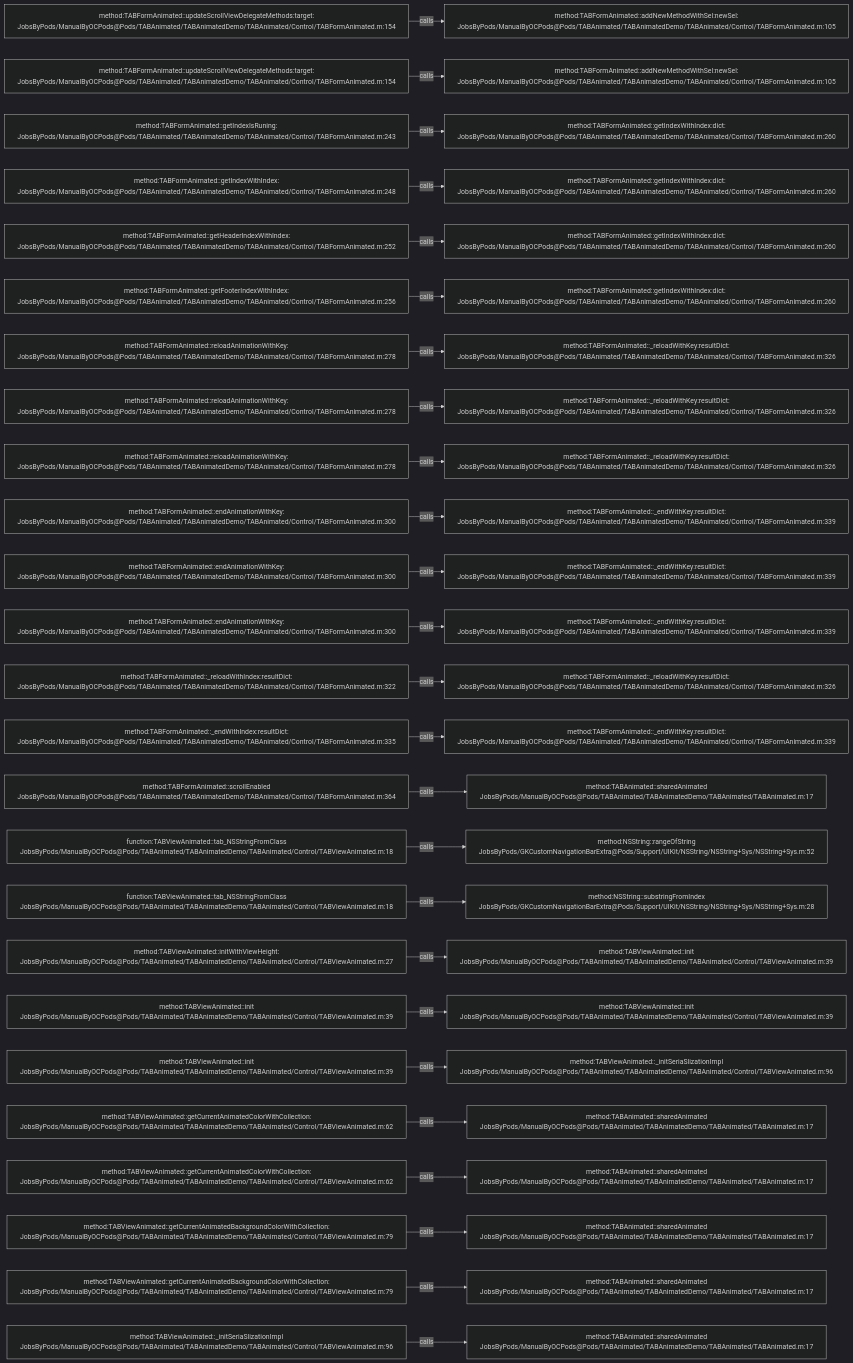
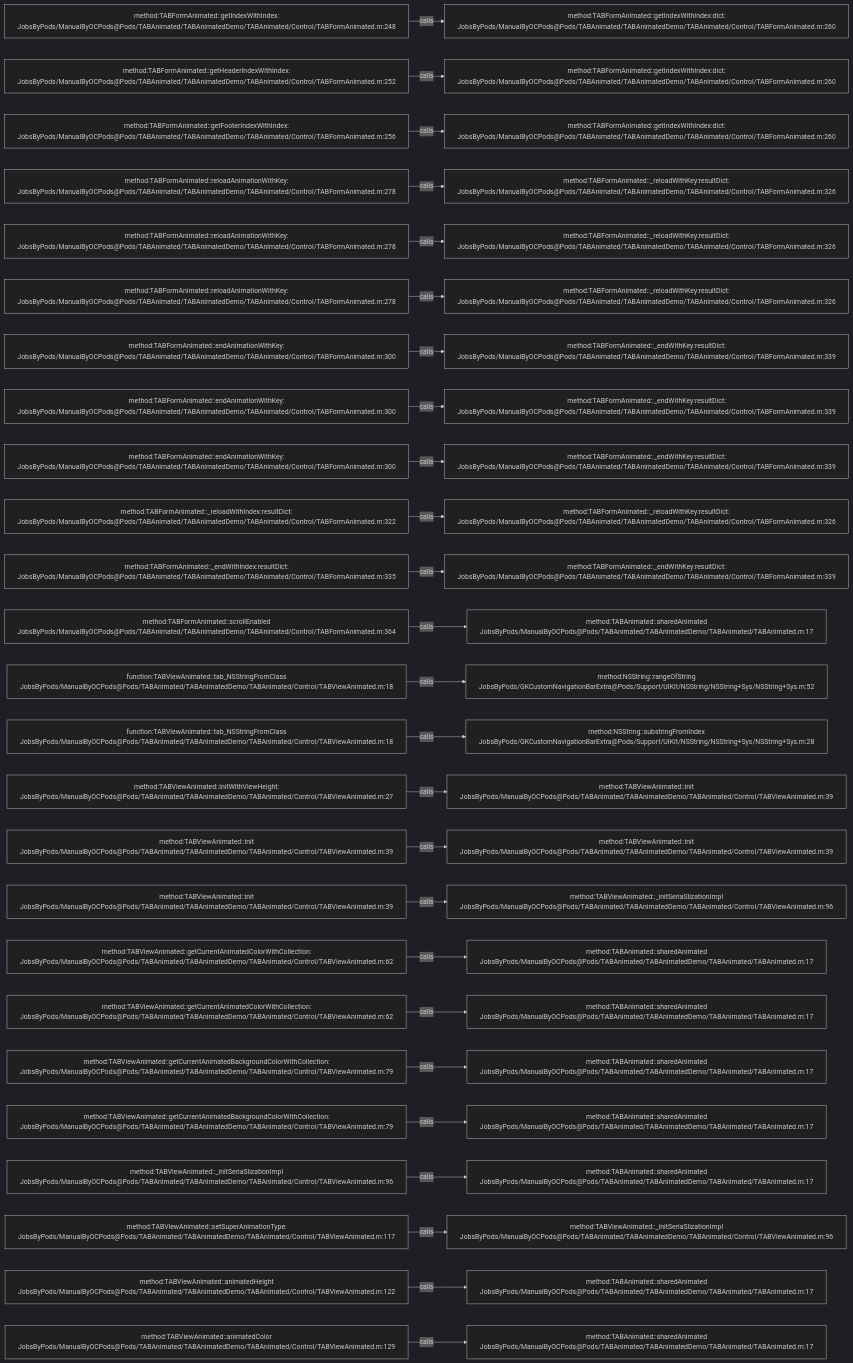
Before and after one commit to JobsKits/JobsOCBaseConfigDemo: the diagram in .codegraph/codegraph.md/graphs/calls-027.md, drawn with Mermaid (dark theme). The commit also changed 342 other files, not shown here.

````diff
--- a/.codegraph/codegraph.md/graphs/calls-027.md
+++ b/.codegraph/codegraph.md/graphs/calls-027.md
@@ -13,78 +13,78 @@
 ```mermaid
 flowchart LR
-  S1["method:TABFormAnimated::updateScrollViewDelegateMethods:target:<br/>JobsByPods/ManualByOCPods@Pods/TABAnimated/TABAnimatedDemo/TABAnimated/Control/TABFormAnimated.m:154"]
-  T1["method:TABFormAnimated::addNewMethodWithSel:newSel:<br/>JobsByPods/ManualByOCPods@Pods/TABAnimated/TABAnimatedDemo/TABAnimated/Control/TABFormAnimated.m:105"]
+  S1["method:TABFormAnimated::getIndexWithIndex:<br/>JobsByPods/ManualByOCPods@Pods/TABAnimated/TABAnimatedDemo/TABAnimated/Control/TABFormAnimated.m:248"]
+  T1["method:TABFormAnimated::getIndexWithIndex:dict:<br/>JobsByPods/ManualByOCPods@Pods/TABAnimated/TABAnimatedDemo/TABAnimated/Control/TABFormAnimated.m:260"]
   S1 -->|calls| T1
-  S2["method:TABFormAnimated::updateScrollViewDelegateMethods:target:<br/>JobsByPods/ManualByOCPods@Pods/TABAnimated/TABAnimatedDemo/TABAnimated/Control/TABFormAnimated.m:154"]
-  T2["method:TABFormAnimated::addNewMethodWithSel:newSel:<br/>JobsByPods/ManualByOCPods@Pods/TABAnimated/TABAnimatedDemo/TABAnimated/Control/TABFormAnimated.m:105"]
+  S2["method:TABFormAnimated::getHeaderIndexWithIndex:<br/>JobsByPods/ManualByOCPods@Pods/TABAnimated/TABAnimatedDemo/TABAnimated/Control/TABFormAnimated.m:252"]
+  T2["method:TABFormAnimated::getIndexWithIndex:dict:<br/>JobsByPods/ManualByOCPods@Pods/TABAnimated/TABAnimatedDemo/TABAnimated/Control/TABFormAnimated.m:260"]
   S2 -->|calls| T2
-  S3["method:TABFormAnimated::getIndexIsRuning:<br/>JobsByPods/ManualByOCPods@Pods/TABAnimated/TABAnimatedDemo/TABAnimated/Control/TABFormAnimated.m:243"]
+  S3["method:TABFormAnimated::getFooterIndexWithIndex:<br/>JobsByPods/ManualByOCPods@Pods/TABAnimated/TABAnimatedDemo/TABAnimated/Control/TABFormAnimated.m:256"]
   T3["method:TABFormAnimated::getIndexWithIndex:dict:<br/>JobsByPods/ManualByOCPods@Pods/TABAnimated/TABAnimatedDemo/TABAnimated/Control/TABFormAnimated.m:260"]
   S3 -->|calls| T3
-  S4["method:TABFormAnimated::getIndexWithIndex:<br/>JobsByPods/ManualByOCPods@Pods/TABAnimated/TABAnimatedDemo/TABAnimated/Control/TABFormAnimated.m:248"]
-  T4["method:TABFormAnimated::getIndexWithIndex:dict:<br/>JobsByPods/ManualByOCPods@Pods/TABAnimated/TABAnimatedDemo/TABAnimated/Control/TABFormAnimated.m:260"]
+  S4["method:TABFormAnimated::reloadAnimationWithKey:<br/>JobsByPods/ManualByOCPods@Pods/TABAnimated/TABAnimatedDemo/TABAnimated/Control/TABFormAnimated.m:278"]
+  T4["method:TABFormAnimated::_reloadWithKey:resultDict:<br/>JobsByPods/ManualByOCPods@Pods/TABAnimated/TABAnimatedDemo/TABAnimated/Control/TABFormAnimated.m:326"]
   S4 -->|calls| T4
-  S5["method:TABFormAnimated::getHeaderIndexWithIndex:<br/>JobsByPods/ManualByOCPods@Pods/TABAnimated/TABAnimatedDemo/TABAnimated/Control/TABFormAnimated.m:252"]
-  T5["method:TABFormAnimated::getIndexWithIndex:dict:<br/>JobsByPods/ManualByOCPods@Pods/TABAnimated/TABAnimatedDemo/TABAnimated/Control/TABFormAnimated.m:260"]
+  S5["method:TABFormAnimated::reloadAnimationWithKey:<br/>JobsByPods/ManualByOCPods@Pods/TABAnimated/TABAnimatedDemo/TABAnimated/Control/TABFormAnimated.m:278"]
+  T5["method:TABFormAnimated::_reloadWithKey:resultDict:<br/>JobsByPods/ManualByOCPods@Pods/TABAnimated/TABAnimatedDemo/TABAnimated/Control/TABFormAnimated.m:326"]
   S5 -->|calls| T5
-  S6["method:TABFormAnimated::getFooterIndexWithIndex:<br/>JobsByPods/ManualByOCPods@Pods/TABAnimated/TABAnimatedDemo/TABAnimated/Control/TABFormAnimated.m:256"]
-  T6["method:TABFormAnimated::getIndexWithIndex:dict:<br/>JobsByPods/ManualByOCPods@Pods/TABAnimated/TABAnimatedDemo/TABAnimated/Control/TABFormAnimated.m:260"]
+  S6["method:TABFormAnimated::reloadAnimationWithKey:<br/>JobsByPods/ManualByOCPods@Pods/TABAnimated/TABAnimatedDemo/TABAnimated/Control/TABFormAnimated.m:278"]
+  T6["method:TABFormAnimated::_reloadWithKey:resultDict:<br/>JobsByPods/ManualByOCPods@Pods/TABAnimated/TABAnimatedDemo/TABAnimated/Control/TABFormAnimated.m:326"]
   S6 -->|calls| T6
-  S7["method:TABFormAnimated::reloadAnimationWithKey:<br/>JobsByPods/ManualByOCPods@Pods/TABAnimated/TABAnimatedDemo/TABAnimated/Control/TABFormAnimated.m:278"]
-  T7["method:TABFormAnimated::_reloadWithKey:resultDict:<br/>JobsByPods/ManualByOCPods@Pods/TABAnimated/TABAnimatedDemo/TABAnimated/Control/TABFormAnimated.m:326"]
+  S7["method:TABFormAnimated::endAnimationWithKey:<br/>JobsByPods/ManualByOCPods@Pods/TABAnimated/TABAnimatedDemo/TABAnimated/Control/TABFormAnimated.m:300"]
+  T7["method:TABFormAnimated::_endWithKey:resultDict:<br/>JobsByPods/ManualByOCPods@Pods/TABAnimated/TABAnimatedDemo/TABAnimated/Control/TABFormAnimated.m:339"]
   S7 -->|calls| T7
-  S8["method:TABFormAnimated::reloadAnimationWithKey:<br/>JobsByPods/ManualByOCPods@Pods/TABAnimated/TABAnimatedDemo/TABAnimated/Control/TABFormAnimated.m:278"]
-  T8["method:TABFormAnimated::_reloadWithKey:resultDict:<br/>JobsByPods/ManualByOCPods@Pods/TABAnimated/TABAnimatedDemo/TABAnimated/Control/TABFormAnimated.m:326"]
+  S8["method:TABFormAnimated::endAnimationWithKey:<br/>JobsByPods/ManualByOCPods@Pods/TABAnimated/TABAnimatedDemo/TABAnimated/Control/TABFormAnimated.m:300"]
+  T8["method:TABFormAnimated::_endWithKey:resultDict:<br/>JobsByPods/ManualByOCPods@Pods/TABAnimated/TABAnimatedDemo/TABAnimated/Control/TABFormAnimated.m:339"]
   S8 -->|calls| T8
-  S9["method:TABFormAnimated::reloadAnimationWithKey:<br/>JobsByPods/ManualByOCPods@Pods/TABAnimated/TABAnimatedDemo/TABAnimated/Control/TABFormAnimated.m:278"]
-  T9["method:TABFormAnimated::_reloadWithKey:resultDict:<br/>JobsByPods/ManualByOCPods@Pods/TABAnimated/TABAnimatedDemo/TABAnimated/Control/TABFormAnimated.m:326"]
+  S9["method:TABFormAnimated::endAnimationWithKey:<br/>JobsByPods/ManualByOCPods@Pods/TABAnimated/TABAnimatedDemo/TABAnimated/Control/TABFormAnimated.m:300"]
+  T9["method:TABFormAnimated::_endWithKey:resultDict:<br/>JobsByPods/ManualByOCPods@Pods/TABAnimated/TABAnimatedDemo/TABAnimated/Control/TABFormAnimated.m:339"]
   S9 -->|calls| T9
-  S10["method:TABFormAnimated::endAnimationWithKey:<br/>JobsByPods/ManualByOCPods@Pods/TABAnimated/TABAnimatedDemo/TABAnimated/Control/TABFormAnimated.m:300"]
-  T10["method:TABFormAnimated::_endWithKey:resultDict:<br/>JobsByPods/ManualByOCPods@Pods/TABAnimated/TABAnimatedDemo/TABAnimated/Control/TABFormAnimated.m:339"]
+  S10["method:TABFormAnimated::_reloadWithIndex:resultDict:<br/>JobsByPods/ManualByOCPods@Pods/TABAnimated/TABAnimatedDemo/TABAnimated/Control/TABFormAnimated.m:322"]
+  T10["method:TABFormAnimated::_reloadWithKey:resultDict:<br/>JobsByPods/ManualByOCPods@Pods/TABAnimated/TABAnimatedDemo/TABAnimated/Control/TABFormAnimated.m:326"]
   S10 -->|calls| T10
-  S11["method:TABFormAnimated::endAnimationWithKey:<br/>JobsByPods/ManualByOCPods@Pods/TABAnimated/TABAnimatedDemo/TABAnimated/Control/TABFormAnimated.m:300"]
+  S11["method:TABFormAnimated::_endWithIndex:resultDict:<br/>JobsByPods/ManualByOCPods@Pods/TABAnimated/TABAnimatedDemo/TABAnimated/Control/TABFormAnimated.m:335"]
   T11["method:TABFormAnimated::_endWithKey:resultDict:<br/>JobsByPods/ManualByOCPods@Pods/TABAnimated/TABAnimatedDemo/TABAnimated/Control/TABFormAnimated.m:339"]
   S11 -->|calls| T11
-  S12["method:TABFormAnimated::endAnimationWithKey:<br/>JobsByPods/ManualByOCPods@Pods/TABAnimated/TABAnimatedDemo/TABAnimated/Control/TABFormAnimated.m:300"]
-  T12["method:TABFormAnimated::_endWithKey:resultDict:<br/>JobsByPods/ManualByOCPods@Pods/TABAnimated/TABAnimatedDemo/TABAnimated/Control/TABFormAnimated.m:339"]
+  S12["method:TABFormAnimated::scrollEnabled<br/>JobsByPods/ManualByOCPods@Pods/TABAnimated/TABAnimatedDemo/TABAnimated/Control/TABFormAnimated.m:364"]
+  T12["method:TABAnimated::sharedAnimated<br/>JobsByPods/ManualByOCPods@Pods/TABAnimated/TABAnimatedDemo/TABAnimated/TABAnimated.m:17"]
   S12 -->|calls| T12
-  S13["method:TABFormAnimated::_reloadWithIndex:resultDict:<br/>JobsByPods/ManualByOCPods@Pods/TABAnimated/TABAnimatedDemo/TABAnimated/Control/TABFormAnimated.m:322"]
-  T13["method:TABFormAnimated::_reloadWithKey:resultDict:<br/>JobsByPods/ManualByOCPods@Pods/TABAnimated/TABAnimatedDemo/TABAnimated/Control/TABFormAnimated.m:326"]
+  S13["function:TABViewAnimated::tab_NSStringFromClass<br/>JobsByPods/ManualByOCPods@Pods/TABAnimated/TABAnimatedDemo/TABAnimated/Control/TABViewAnimated.m:18"]
+  T13["method:NSString::rangeOfString<br/>JobsByPods/GKCustomNavigationBarExtra@Pods/Support/UIKit/NSString/NSString+Sys/NSString+Sys.m:52"]
   S13 -->|calls| T13
-  S14["method:TABFormAnimated::_endWithIndex:resultDict:<br/>JobsByPods/ManualByOCPods@Pods/TABAnimated/TABAnimatedDemo/TABAnimated/Control/TABFormAnimated.m:335"]
-  T14["method:TABFormAnimated::_endWithKey:resultDict:<br/>JobsByPods/ManualByOCPods@Pods/TABAnimated/TABAnimatedDemo/TABAnimated/Control/TABFormAnimated.m:339"]
+  S14["function:TABViewAnimated::tab_NSStringFromClass<br/>JobsByPods/ManualByOCPods@Pods/TABAnimated/TABAnimatedDemo/TABAnimated/Control/TABViewAnimated.m:18"]
+  T14["method:NSString::substringFromIndex<br/>JobsByPods/GKCustomNavigationBarExtra@Pods/Support/UIKit/NSString/NSString+Sys/NSString+Sys.m:28"]
   S14 -->|calls| T14
-  S15["method:TABFormAnimated::scrollEnabled<br/>JobsByPods/ManualByOCPods@Pods/TABAnimated/TABAnimatedDemo/TABAnimated/Control/TABFormAnimated.m:364"]
-  T15["method:TABAnimated::sharedAnimated<br/>JobsByPods/ManualByOCPods@Pods/TABAnimated/TABAnimatedDemo/TABAnimated/TABAnimated.m:17"]
+  S15["method:TABViewAnimated::initWithViewHeight:<br/>JobsByPods/ManualByOCPods@Pods/TABAnimated/TABAnimatedDemo/TABAnimated/Control/TABViewAnimated.m:27"]
+  T15["method:TABViewAnimated::init<br/>JobsByPods/ManualByOCPods@Pods/TABAnimated/TABAnimatedDemo/TABAnimated/Control/TABViewAnimated.m:39"]
   S15 -->|calls| T15
-  S16["function:TABViewAnimated::tab_NSStringFromClass<br/>JobsByPods/ManualByOCPods@Pods/TABAnimated/TABAnimatedDemo/TABAnimated/Control/TABViewAnimated.m:18"]
-  T16["method:NSString::rangeOfString<br/>JobsByPods/GKCustomNavigationBarExtra@Pods/Support/UIKit/NSString/NSString+Sys/NSString+Sys.m:52"]
+  S16["method:TABViewAnimated::init<br/>JobsByPods/ManualByOCPods@Pods/TABAnimated/TABAnimatedDemo/TABAnimated/Control/TABViewAnimated.m:39"]
+  T16["method:TABViewAnimated::init<br/>JobsByPods/ManualByOCPods@Pods/TABAnimated/TABAnimatedDemo/TABAnimated/Control/TABViewAnimated.m:39"]
   S16 -->|calls| T16
-  S17["function:TABViewAnimated::tab_NSStringFromClass<br/>JobsByPods/ManualByOCPods@Pods/TABAnimated/TABAnimatedDemo/TABAnimated/Control/TABViewAnimated.m:18"]
-  T17["method:NSString::substringFromIndex<br/>JobsByPods/GKCustomNavigationBarExtra@Pods/Support/UIKit/NSString/NSString+Sys/NSString+Sys.m:28"]
+  S17["method:TABViewAnimated::init<br/>JobsByPods/ManualByOCPods@Pods/TABAnimated/TABAnimatedDemo/TABAnimated/Control/TABViewAnimated.m:39"]
+  T17["method:TABViewAnimated::_initSeriaSlizationImpl<br/>JobsByPods/ManualByOCPods@Pods/TABAnimated/TABAnimatedDemo/TABAnimated/Control/TABViewAnimated.m:96"]
   S17 -->|calls| T17
-  S18["method:TABViewAnimated::initWithViewHeight:<br/>JobsByPods/ManualByOCPods@Pods/TABAnimated/TABAnimatedDemo/TABAnimated/Control/TABViewAnimated.m:27"]
-  T18["method:TABViewAnimated::init<br/>JobsByPods/ManualByOCPods@Pods/TABAnimated/TABAnimatedDemo/TABAnimated/Control/TABViewAnimated.m:39"]
+  S18["method:TABViewAnimated::getCurrentAnimatedColorWithCollection:<br/>JobsByPods/ManualByOCPods@Pods/TABAnimated/TABAnimatedDemo/TABAnimated/Control/TABViewAnimated.m:62"]
+  T18["method:TABAnimated::sharedAnimated<br/>JobsByPods/ManualByOCPods@Pods/TABAnimated/TABAnimatedDemo/TABAnimated/TABAnimated.m:17"]
   S18 -->|calls| T18
-  S19["method:TABViewAnimated::init<br/>JobsByPods/ManualByOCPods@Pods/TABAnimated/TABAnimatedDemo/TABAnimated/Control/TABViewAnimated.m:39"]
-  T19["method:TABViewAnimated::init<br/>JobsByPods/ManualByOCPods@Pods/TABAnimated/TABAnimatedDemo/TABAnimated/Control/TABViewAnimated.m:39"]
+  S19["method:TABViewAnimated::getCurrentAnimatedColorWithCollection:<br/>JobsByPods/ManualByOCPods@Pods/TABAnimated/TABAnimatedDemo/TABAnimated/Control/TABViewAnimated.m:62"]
+  T19["method:TABAnimated::sharedAnimated<br/>JobsByPods/ManualByOCPods@Pods/TABAnimated/TABAnimatedDemo/TABAnimated/TABAnimated.m:17"]
   S19 -->|calls| T19
-  S20["method:TABViewAnimated::init<br/>JobsByPods/ManualByOCPods@Pods/TABAnimated/TABAnimatedDemo/TABAnimated/Control/TABViewAnimated.m:39"]
-  T20["method:TABViewAnimated::_initSeriaSlizationImpl<br/>JobsByPods/ManualByOCPods@Pods/TABAnimated/TABAnimatedDemo/TABAnimated/Control/TABViewAnimated.m:96"]
+  S20["method:TABViewAnimated::getCurrentAnimatedBackgroundColorWithCollection:<br/>JobsByPods/ManualByOCPods@Pods/TABAnimated/TABAnimatedDemo/TABAnimated/Control/TABViewAnimated.m:79"]
+  T20["method:TABAnimated::sharedAnimated<br/>JobsByPods/ManualByOCPods@Pods/TABAnimated/TABAnimatedDemo/TABAnimated/TABAnimated.m:17"]
   S20 -->|calls| T20
-  S21["method:TABViewAnimated::getCurrentAnimatedColorWithCollection:<br/>JobsByPods/ManualByOCPods@Pods/TABAnimated/TABAnimatedDemo/TABAnimated/Control/TABViewAnimated.m:62"]
+  S21["method:TABViewAnimated::getCurrentAnimatedBackgroundColorWithCollection:<br/>JobsByPods/ManualByOCPods@Pods/TABAnimated/TABAnimatedDemo/TABAnimated/Control/TABViewAnimated.m:79"]
   T21["method:TABAnimated::sharedAnimated<br/>JobsByPods/ManualByOCPods@Pods/TABAnimated/TABAnimatedDemo/TABAnimated/TABAnimated.m:17"]
   S21 -->|calls| T21
-  S22["method:TABViewAnimated::getCurrentAnimatedColorWithCollection:<br/>JobsByPods/ManualByOCPods@Pods/TABAnimated/TABAnimatedDemo/TABAnimated/Control/TABViewAnimated.m:62"]
+  S22["method:TABViewAnimated::_initSeriaSlizationImpl<br/>JobsByPods/ManualByOCPods@Pods/TABAnimated/TABAnimatedDemo/TABAnimated/Control/TABViewAnimated.m:96"]
   T22["method:TABAnimated::sharedAnimated<br/>JobsByPods/ManualByOCPods@Pods/TABAnimated/TABAnimatedDemo/TABAnimated/TABAnimated.m:17"]
   S22 -->|calls| T22
-  S23["method:TABViewAnimated::getCurrentAnimatedBackgroundColorWithCollection:<br/>JobsByPods/ManualByOCPods@Pods/TABAnimated/TABAnimatedDemo/TABAnimated/Control/TABViewAnimated.m:79"]
-  T23["method:TABAnimated::sharedAnimated<br/>JobsByPods/ManualByOCPods@Pods/TABAnimated/TABAnimatedDemo/TABAnimated/TABAnimated.m:17"]
+  S23["method:TABViewAnimated::setSuperAnimationType:<br/>JobsByPods/ManualByOCPods@Pods/TABAnimated/TABAnimatedDemo/TABAnimated/Control/TABViewAnimated.m:117"]
+  T23["method:TABViewAnimated::_initSeriaSlizationImpl<br/>JobsByPods/ManualByOCPods@Pods/TABAnimated/TABAnimatedDemo/TABAnimated/Control/TABViewAnimated.m:96"]
   S23 -->|calls| T23
-  S24["method:TABViewAnimated::getCurrentAnimatedBackgroundColorWithCollection:<br/>JobsByPods/ManualByOCPods@Pods/TABAnimated/TABAnimatedDemo/TABAnimated/Control/TABViewAnimated.m:79"]
+  S24["method:TABViewAnimated::animatedHeight<br/>JobsByPods/ManualByOCPods@Pods/TABAnimated/TABAnimatedDemo/TABAnimated/Control/TABViewAnimated.m:122"]
   T24["method:TABAnimated::sharedAnimated<br/>JobsByPods/ManualByOCPods@Pods/TABAnimated/TABAnimatedDemo/TABAnimated/TABAnimated.m:17"]
   S24 -->|calls| T24
-  S25["method:TABViewAnimated::_initSeriaSlizationImpl<br/>JobsByPods/ManualByOCPods@Pods/TABAnimated/TABAnimatedDemo/TABAnimated/Control/TABViewAnimated.m:96"]
+  S25["method:TABViewAnimated::animatedColor<br/>JobsByPods/ManualByOCPods@Pods/TABAnimated/TABAnimatedDemo/TABAnimated/Control/TABViewAnimated.m:129"]
   T25["method:TABAnimated::sharedAnimated<br/>JobsByPods/ManualByOCPods@Pods/TABAnimated/TABAnimatedDemo/TABAnimated/TABAnimated.m:17"]
   S25 -->|calls| T25
 ```
````
